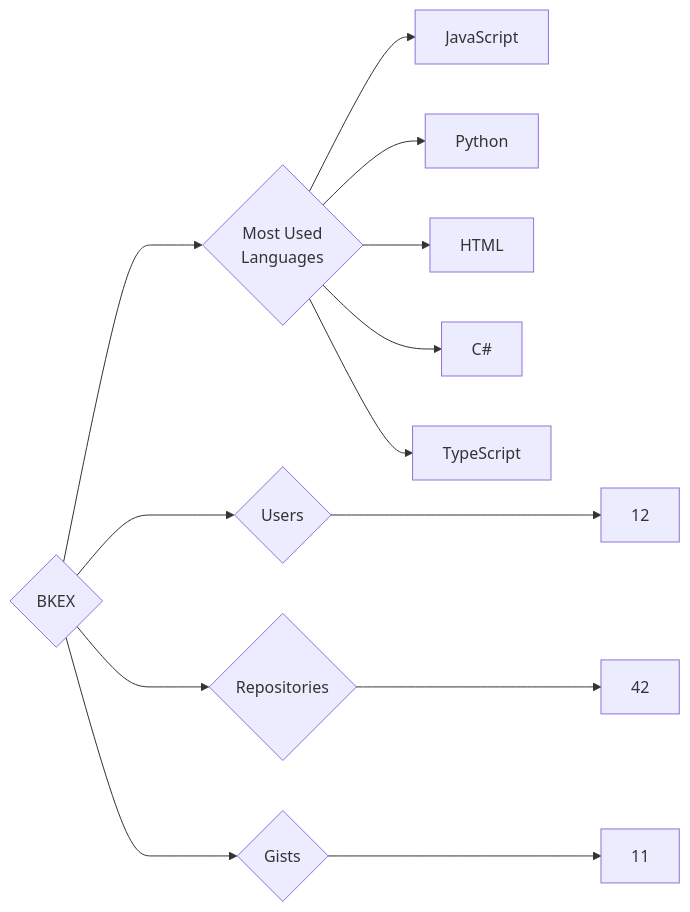
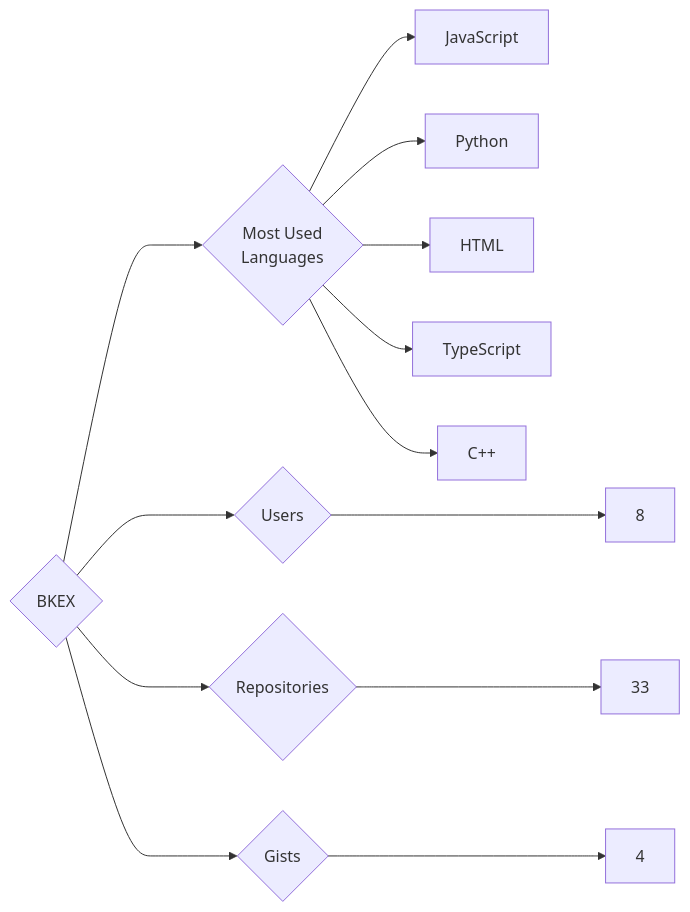
The diagram in targets/BKEX/README.md (trickest/insiders), drawn with Mermaid before and after one commit. The commit also changed 1003 other files, not shown here.

````diff
--- a/targets/BKEX/README.md
+++ b/targets/BKEX/README.md
@@ -3,13 +3,13 @@
 ```mermaid
 graph LR
 COMPANY_NAME{BKEX}
-COMPANY_NAME ---> U{Users} ---> UN[12]
-COMPANY_NAME ---> R{Repositories} ---> RN[42]
-COMPANY_NAME ---> G{Gists} ---> GN[11]
+COMPANY_NAME ---> U{Users} ---> UN[8]
+COMPANY_NAME ---> R{Repositories} ---> RN[33]
+COMPANY_NAME ---> G{Gists} ---> GN[4]
 COMPANY_NAME ---> ML{Most Used<br>Languages}
 ML --> JavaScript[JavaScript]
 ML --> Python[Python]
 ML --> HTML[HTML]
-ML --> C#[C#]
 ML --> TypeScript[TypeScript]
+ML --> C++[C++]
 ```
````
